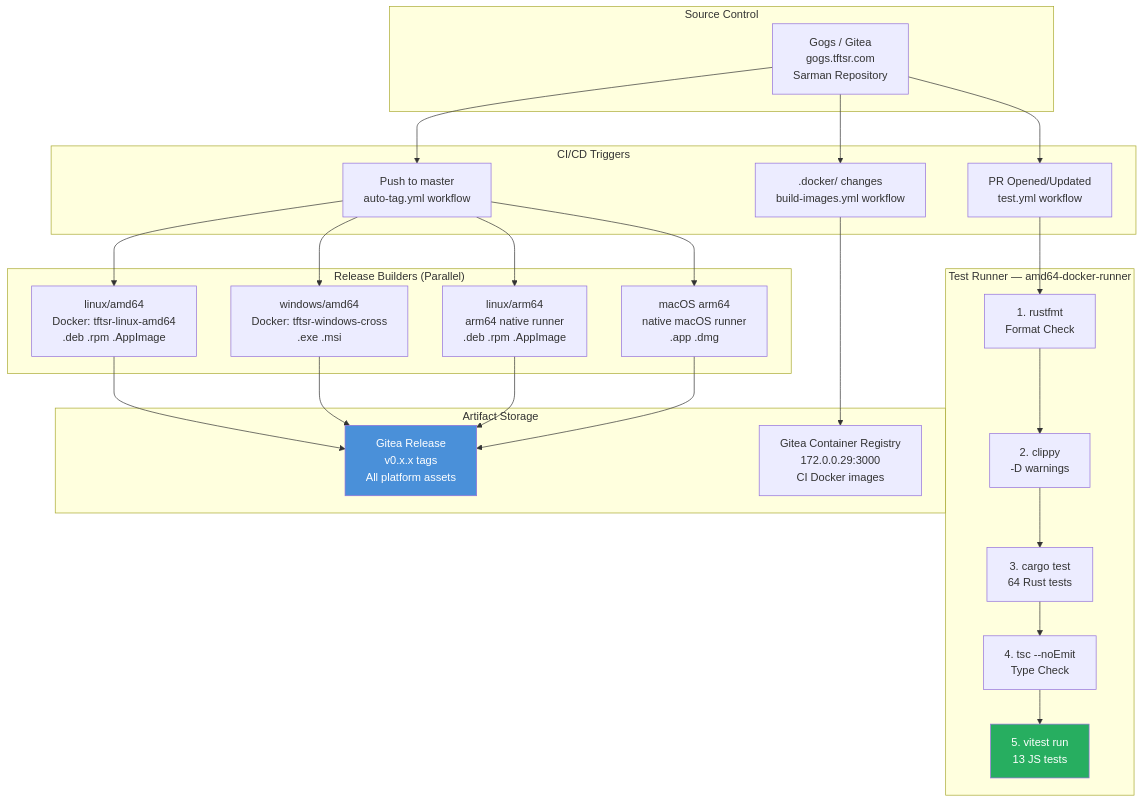
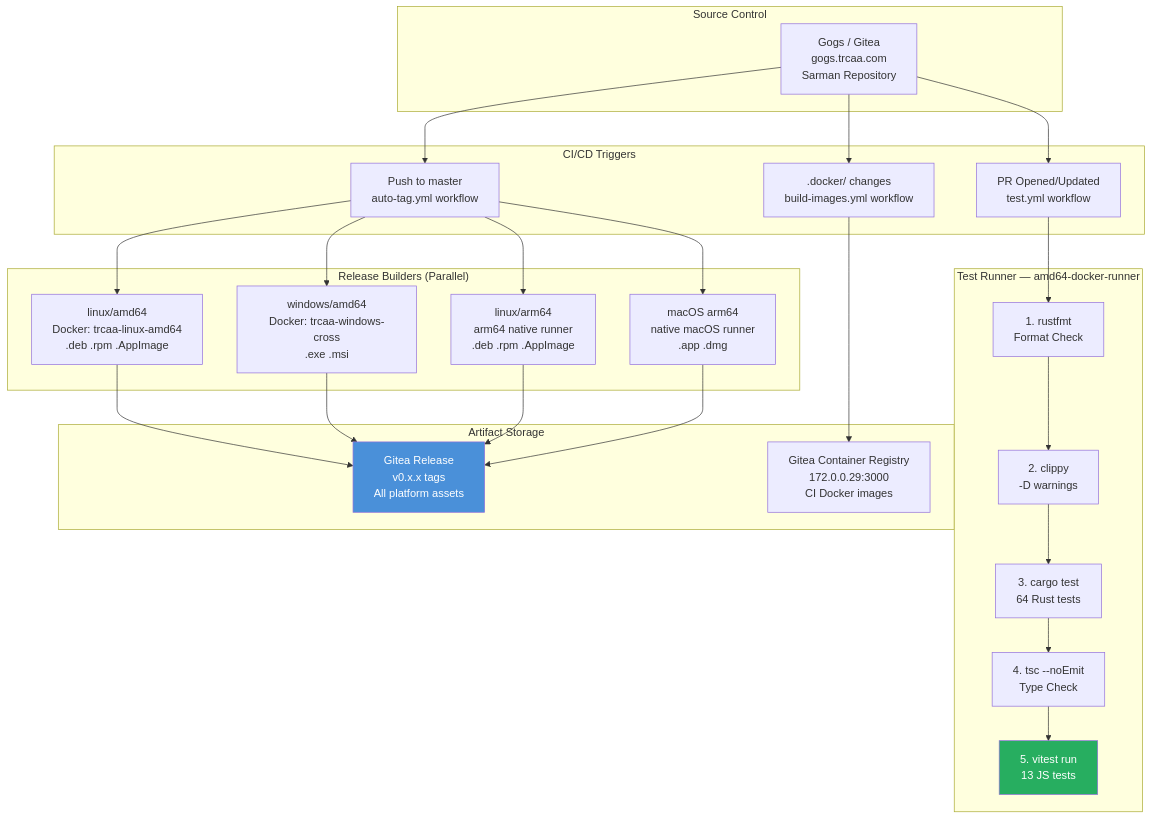
Diagram 16 of 19 in docs/architecture/README.md (armconsol/tftsr-devops_investigation), drawn with Mermaid before and after one commit. The commit also changed other lines of this file and 8 other files, not shown here.

````diff
--- a/docs/architecture/README.md
+++ b/docs/architecture/README.md
@@ -1167,57 +1167,57 @@
 ```mermaid
 graph TB
     subgraph "Source Control"
-        GOGS[Gogs / Gitea\ngogs.tftsr.com\nSarman Repository]
+        GOGS[Gogs / Gitea\ngogs.trcaa.com\nSarman Repository]
     end
 
     subgraph "CI/CD Triggers"
         PR_TRIGGER[PR Opened/Updated\ntest.yml workflow]
         MASTER_TRIGGER[Push to master\nauto-tag.yml workflow]
         DOCKER_TRIGGER[.docker/ changes\nbuild-images.yml workflow]
     end
 
     subgraph "Test Runner — amd64-docker-runner"
         RUSTFMT[1. rustfmt\nFormat Check]
         CLIPPY[2. clippy\n-D warnings]
         CARGO_TEST[3. cargo test\n64 Rust tests]
         TSC[4. tsc --noEmit\nType Check]
         VITEST[5. vitest run\n13 JS tests]
     end
 
     subgraph "Release Builders (Parallel)"
-        AMD64[linux/amd64\nDocker: tftsr-linux-amd64\n.deb .rpm .AppImage]
-        WINDOWS[windows/amd64\nDocker: tftsr-windows-cross\n.exe .msi]
+        AMD64[linux/amd64\nDocker: trcaa-linux-amd64\n.deb .rpm .AppImage]
+        WINDOWS[windows/amd64\nDocker: trcaa-windows-cross\n.exe .msi]
         ARM64[linux/arm64\narm64 native runner\n.deb .rpm .AppImage]
         MACOS[macOS arm64\nnative macOS runner\n.app .dmg]
     end
 
     subgraph "Artifact Storage"
         RELEASE[Gitea Release\nv0.x.x tags\nAll platform assets]
         REGISTRY[Gitea Container Registry\n172.0.0.29:3000\nCI Docker images]
     end
 
     GOGS --> PR_TRIGGER
     GOGS --> MASTER_TRIGGER
     GOGS --> DOCKER_TRIGGER
 
     PR_TRIGGER --> RUSTFMT
     RUSTFMT --> CLIPPY
     CLIPPY --> CARGO_TEST
     CARGO_TEST --> TSC
     TSC --> VITEST
 
     MASTER_TRIGGER --> AMD64
     MASTER_TRIGGER --> WINDOWS
     MASTER_TRIGGER --> ARM64
     MASTER_TRIGGER --> MACOS
 
     AMD64 --> RELEASE
     WINDOWS --> RELEASE
     ARM64 --> RELEASE
     MACOS --> RELEASE
 
     DOCKER_TRIGGER --> REGISTRY
 
     style VITEST fill:#27ae60,color:#fff
     style RELEASE fill:#4a90d9,color:#fff
 ```
````
